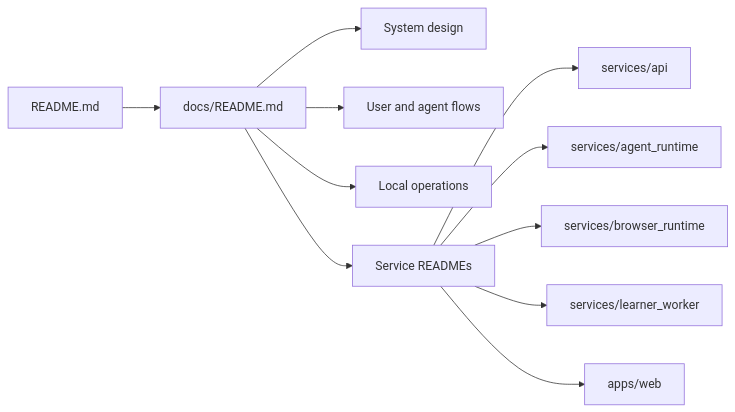
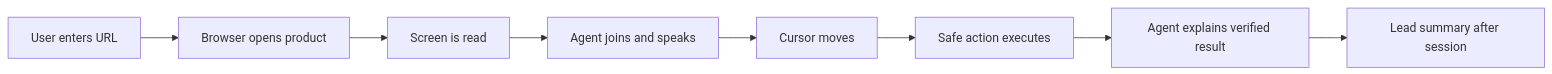
Before and after one commit to roshaninfordham/personalised-demo-ai-agent: the first of 2 diagrams in README.md, drawn with Mermaid. The commit also changed other lines of this file and 61 other files, not shown here.

````diff
--- a/README.md
+++ b/README.md
@@ -50,13 +11,10 @@
 ```mermaid
 flowchart LR
-    Root["README.md"] --> Docs["docs/README.md"]
-    Docs --> System["System design"]
-    Docs --> Flows["User and agent flows"]
-    Docs --> Ops["Local operations"]
-    Docs --> Services["Service READMEs"]
-    Services --> API["services/api"]
-    Services --> Agent["services/agent_runtime"]
-    Services --> Browser["services/browser_runtime"]
-    Services --> Learner["services/learner_worker"]
-    Services --> Web["apps/web"]
+    User["User enters URL"] --> Browser["Browser opens product"]
+    Browser --> Screen["Screen is read"]
+    Screen --> Agent["Agent joins and speaks"]
+    Agent --> Cursor["Cursor moves"]
+    Cursor --> Action["Safe action executes"]
+    Action --> Explain["Agent explains verified result"]
+    Explain --> Summary["Lead summary after session"]
 ```
````
